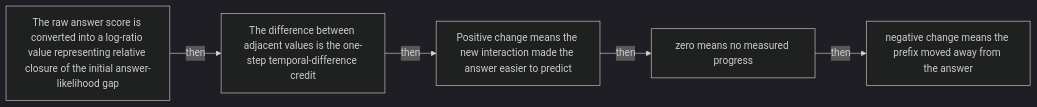
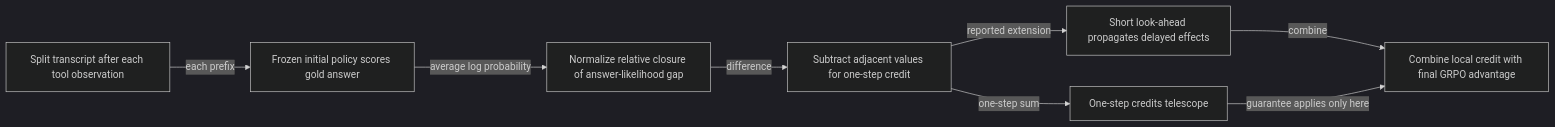
Diagram 15 of 48 in docs/visual-manifests/VISUAL_MANIFEST_TRACE.md (Betancourt1/paper_atlas), drawn with Mermaid (dark theme) before and after one commit. The commit also changed other lines of this file and 7 other files, not shown here.

````diff
--- a/docs/visual-manifests/VISUAL_MANIFEST_TRACE.md
+++ b/docs/visual-manifests/VISUAL_MANIFEST_TRACE.md
@@ -1271,12 +1156,17 @@
 ```mermaid
 flowchart LR
-  n1["The raw answer score is converted into a log-ratio value representing relative closure of the initial answer-likelihood gap"]
-  n2["The difference between adjacent values is the one-step temporal-difference credit"]
-  n3["Positive change means the new interaction made the answer easier to predict"]
-  n4["zero means no measured progress"]
-  n5["negative change means the prefix moved away from the answer"]
-  n1 -->|"then"| n2
-  n2 -->|"then"| n3
-  n3 -->|"then"| n4
-  n4 -->|"then"| n5
+  prefix["Split transcript after each tool observation"]
+  probe["Frozen initial policy scores gold answer"]
+  value["Normalize relative closure of answer-likelihood gap"]
+  td["Subtract adjacent values for one-step credit"]
+  telescope["One-step credits telescope"]
+  prop["Short look-ahead propagates delayed effects"]
+  outcome["Combine local credit with final GRPO advantage"]
+  prefix -->|"each prefix"| probe
+  probe -->|"average log probability"| value
+  value -->|"difference"| td
+  td -->|"one-step sum"| telescope
+  td -->|"reported extension"| prop
+  prop -->|"combine"| outcome
+  telescope -->|"guarantee applies only here"| outcome
 ```
````
